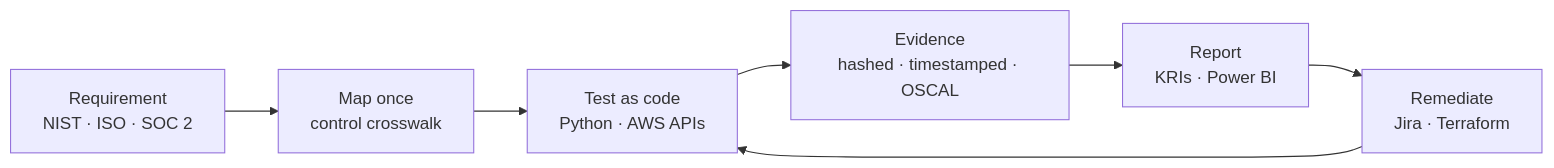
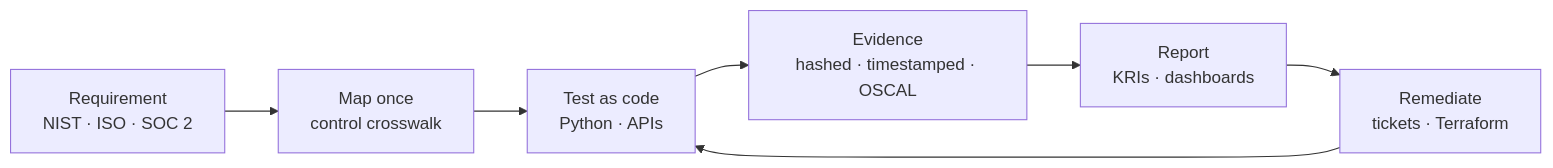
Before and after one commit to Mihirajmera/Mihirajmera: the diagram in README.md, drawn with Mermaid. The commit also changed other lines of this file, not shown here.

````diff
--- a/README.md
+++ b/README.md
@@ -110,9 +90,9 @@
 ```mermaid
 flowchart LR
     R[Requirement<br/>NIST · ISO · SOC 2] --> M[Map once<br/>control crosswalk]
-    M --> T[Test as code<br/>Python · AWS APIs]
+    M --> T[Test as code<br/>Python · APIs]
     T --> E[Evidence<br/>hashed · timestamped · OSCAL]
-    E --> D[Report<br/>KRIs · Power BI]
-    D --> X[Remediate<br/>Jira · Terraform]
+    E --> D[Report<br/>KRIs · dashboards]
+    D --> X[Remediate<br/>tickets · Terraform]
     X --> T
 ```
````
